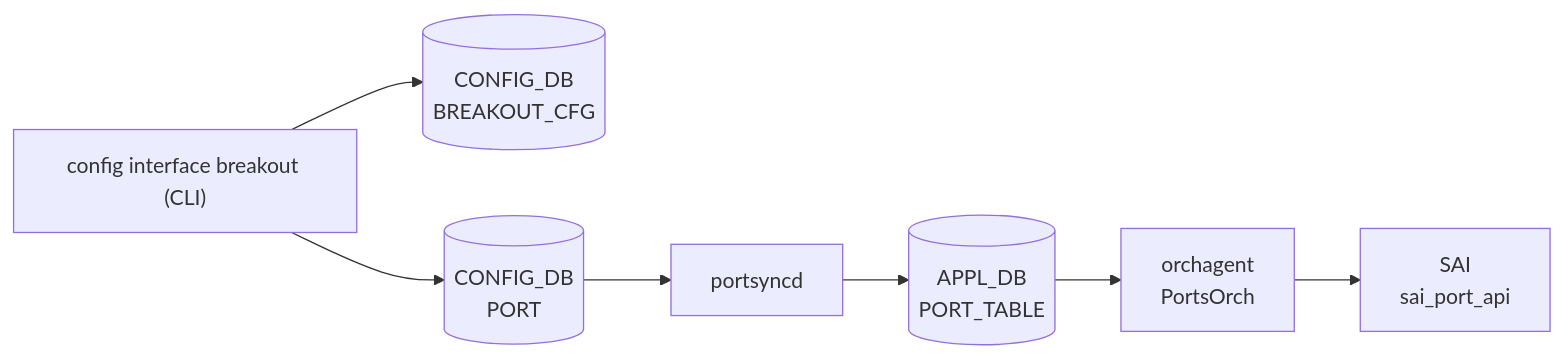
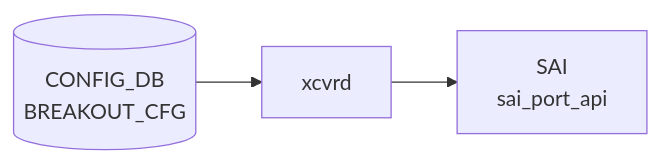
Before and after one commit to aoki-taquan/sonic-unofficial-docs: the diagram in docs/reference/config-db/breakout-cfg.md, drawn with Mermaid. The commit also changed 12 other files, not shown here.

````diff
--- a/docs/reference/config-db/breakout-cfg.md
+++ b/docs/reference/config-db/breakout-cfg.md
@@ -33,13 +33,8 @@
 ```mermaid
 flowchart LR
   CDB[("CONFIG_DB<br/>BREAKOUT_CFG")]
-  PORT[("CONFIG_DB<br/>PORT")]
-  CLI["config interface breakout (CLI)"]
-  PSY["portsyncd"]
-  APPL[("APPL_DB<br/>PORT_TABLE")]
-  OA["orchagent<br/>PortsOrch"]
+  DM["xcvrd"]
+  CDB --> DM
   SAI["SAI<br/>sai_port_api"]
-  CLI --> CDB
-  CLI --> PORT
-  PORT --> PSY --> APPL --> OA --> SAI
+  DM --> SAI
 ```
````
